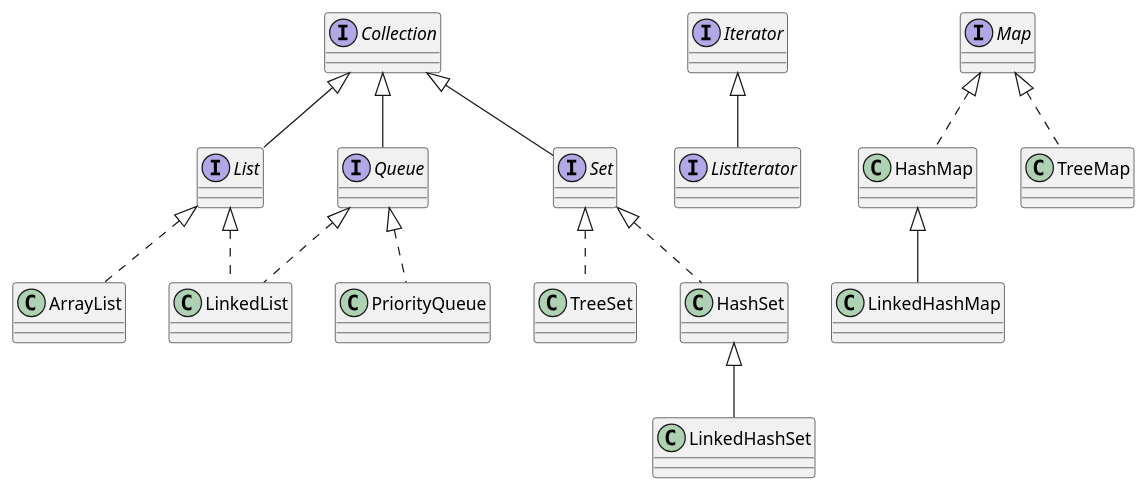
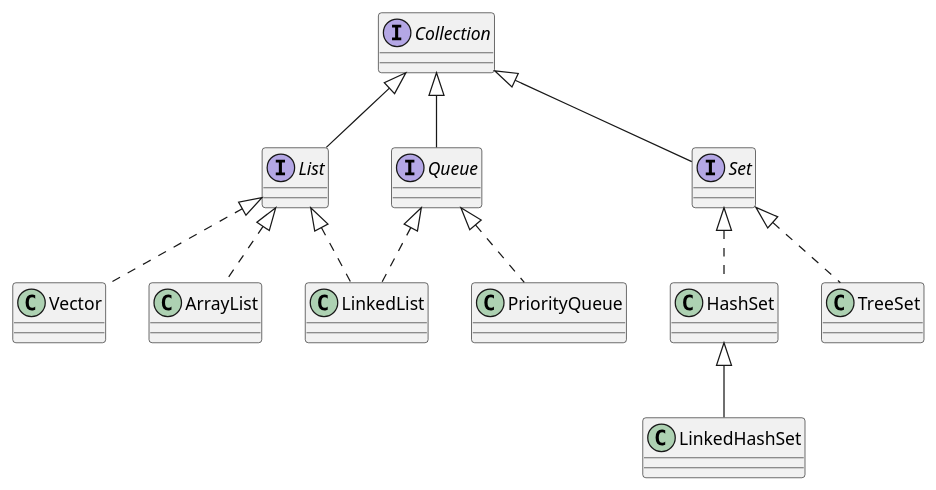
Before and after one commit to zhyantao/docs: the first of 2 diagrams in source/docs/development/java/containers.rst, drawn with PlantUML. The commit also changed other lines of this file, not shown here.

```diff
--- a/source/docs/development/java/containers.rst
+++ b/source/docs/development/java/containers.rst
@@ -9,42 +17,31 @@
 .. uml::
 
     @startuml
 
     interface Collection
     interface List
     interface Set
     interface Queue
-    interface Iterator
-    interface ListIterator
-    interface Map
-    class HashMap
-    class TreeMap
-    class LinkedHashMap
+    class Vector
     class ArrayList
     class LinkedList
     class HashSet
     class PriorityQueue
-    class TreeMap
     class LinkedHashSet
-
-    Iterator <|-- ListIterator
 
     Collection <|-- List
     Collection <|-- Set
     Collection <|-- Queue
 
     List <|.. ArrayList
     List <|.. LinkedList
+    List <|.. Vector
     
     Set <|.. HashSet
     Set <|.. TreeSet
     HashSet <|-- LinkedHashSet
 
     Queue <|.. LinkedList
     Queue <|.. PriorityQueue
 
-    Map <|.. HashMap
-    Map <|.. TreeMap
-    HashMap <|-- LinkedHashMap
-
     @enduml
```
